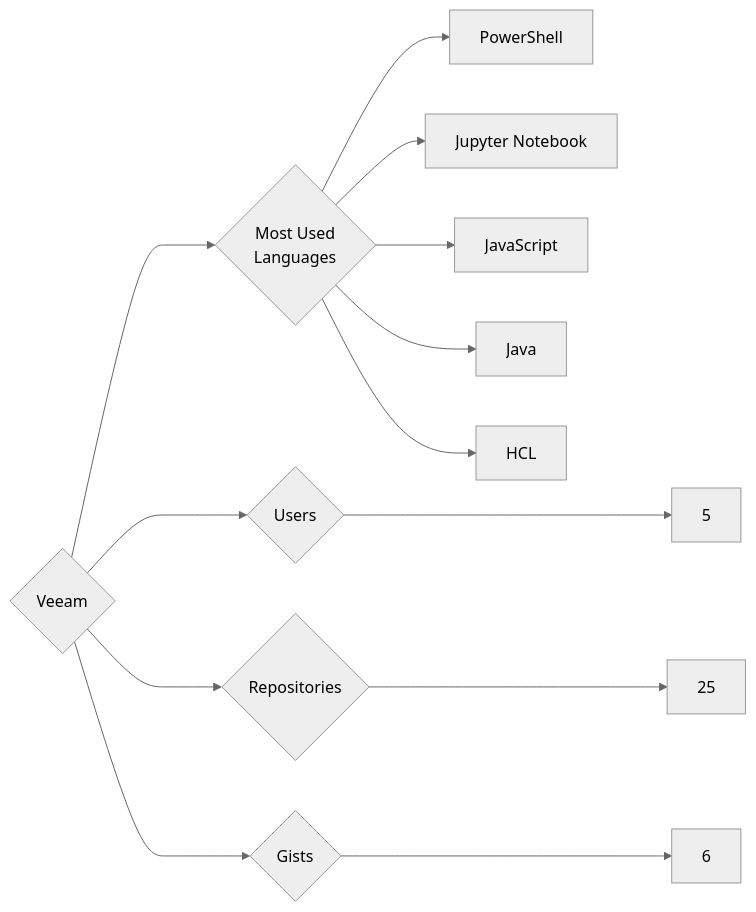
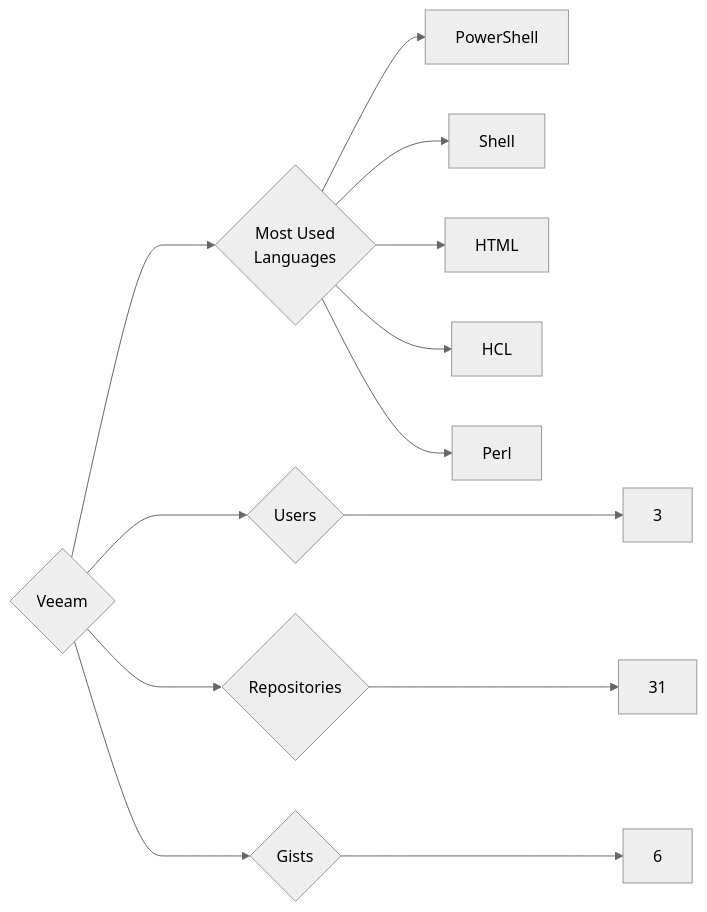
Before and after one commit to trickest/insiders: the diagram in targets/Veeam/README.md, drawn with Mermaid (neutral theme). The commit also changed 1248 other files, not shown here.

````diff
--- a/targets/Veeam/README.md
+++ b/targets/Veeam/README.md
@@ -3,13 +3,13 @@
 ```mermaid
 graph LR
 COMPANY_NAME{Veeam}
-COMPANY_NAME ---> U{Users} ---> UN[5]
-COMPANY_NAME ---> R{Repositories} ---> RN[25]
+COMPANY_NAME ---> U{Users} ---> UN[3]
+COMPANY_NAME ---> R{Repositories} ---> RN[31]
 COMPANY_NAME ---> G{Gists} ---> GN[6]
 COMPANY_NAME ---> ML{Most Used<br>Languages}
 ML --> PowerShell[PowerShell]
-ML --> Jupyter_Notebook[Jupyter Notebook]
-ML --> JavaScript[JavaScript]
-ML --> Java[Java]
+ML --> Shell[Shell]
+ML --> HTML[HTML]
 ML --> HCL[HCL]
+ML --> Perl[Perl]
 ```
````
